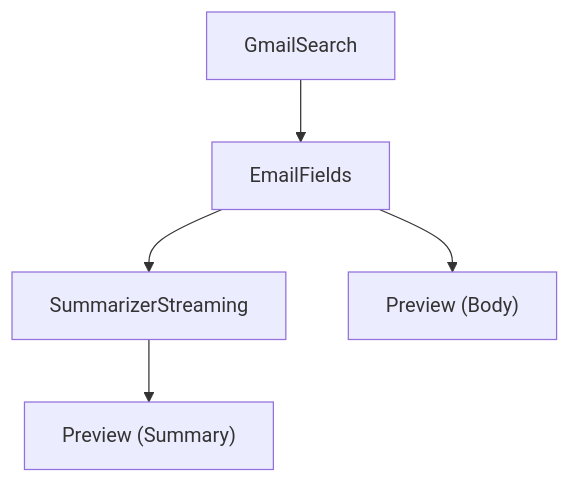
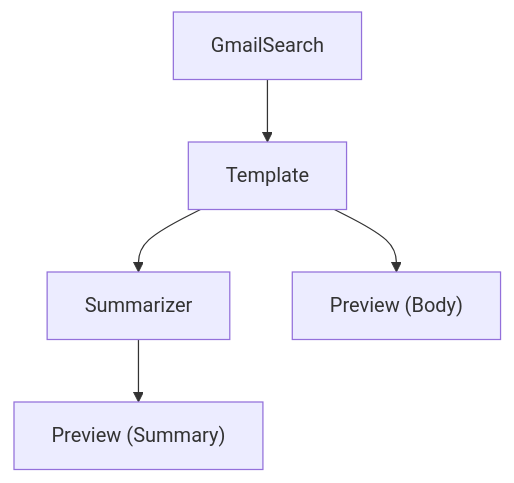
The seventh of 17 diagrams in docs/cookbook/patterns.md (nodetool-ai/nodetool), drawn with Mermaid before and after one commit. The commit also changed other lines of this file and 46 other files, not shown here.

```diff
--- a/docs/cookbook/patterns.md
+++ b/docs/cookbook/patterns.md
@@ -236,12 +236,12 @@
 {% mermaid %}
 graph TD
   gmail_search["GmailSearch"]
-  email_fields["EmailFields"]
-  summarizer_streaming["SummarizerStreaming"]
+  email_fields["Template"]
+  summarizer_streaming["Summarizer"]
   preview_summary["Preview (Summary)"]
   preview_body["Preview (Body)"]
   gmail_search --> email_fields
   email_fields --> summarizer_streaming
   summarizer_streaming --> preview_summary
   email_fields --> preview_body
 {% endmermaid %}
```
